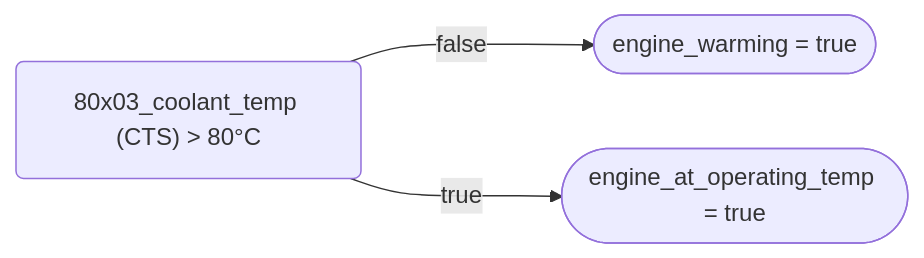
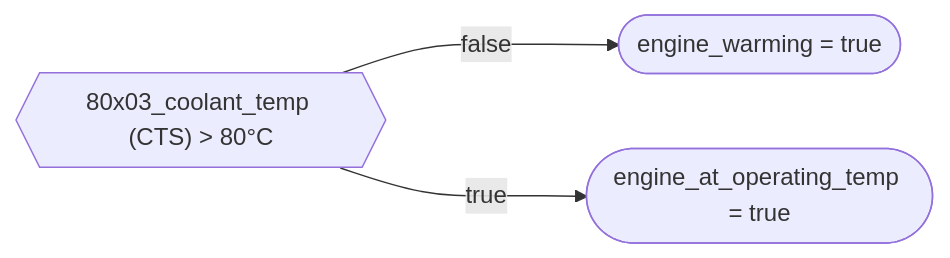
The fourth of 23 diagrams in README.md (andrewdjackson/rosco), drawn with Mermaid before and after one commit. The commit also changed other lines of this file, not shown here.

````diff
--- a/README.md
+++ b/README.md
@@ -57,5 +57,5 @@
 ```mermaid
 flowchart LR
-Temp("80x03_coolant_temp (CTS) > 80&deg;C") -- "false" ---> EngineWarming(["engine_warming = true"])
+Temp{{"80x03_coolant_temp (CTS) > 80&deg;C"}} -- "false" ---> EngineWarming(["engine_warming = true"])
 Temp -- "true" ---> EngineWarm(["engine_at_operating_temp = true"])
 ```
````
